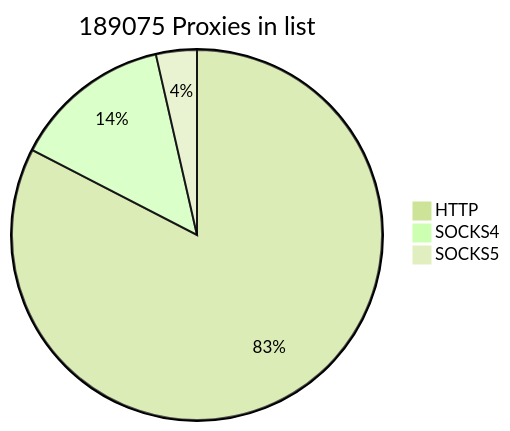
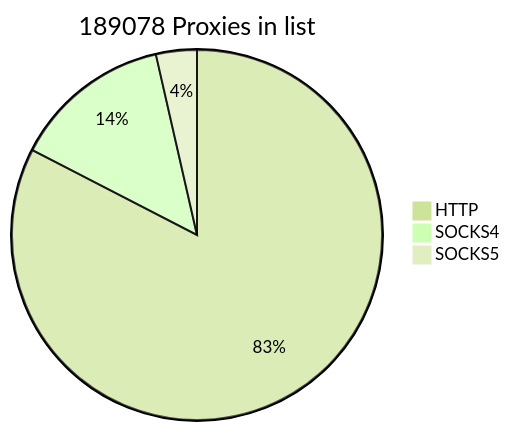
One commit to cutipu/proxylist changed the first of 2 diagrams in README.md. Above: the diagram before and after it, drawn with Mermaid (forest theme). The commit also changed other lines of this file, not shown here.

````diff
--- a/README.md
+++ b/README.md
@@ -9,7 +9,7 @@
 ```mermaid
-pie title 189075 Proxies in list
+pie title 189078 Proxies in list
     "HTTP" : 156135
-    "SOCKS4" : 26197
+    "SOCKS4" : 26200
     "SOCKS5" : 6743
             
 ```
````
